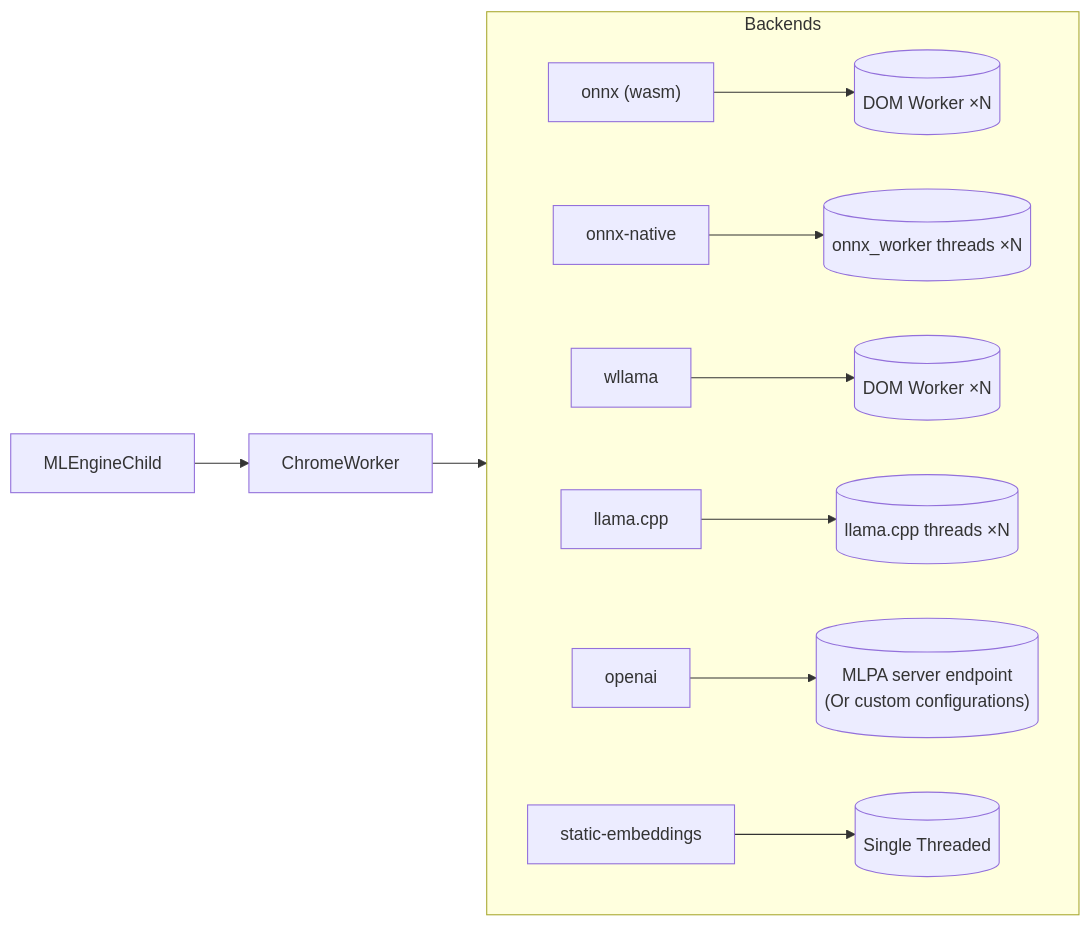
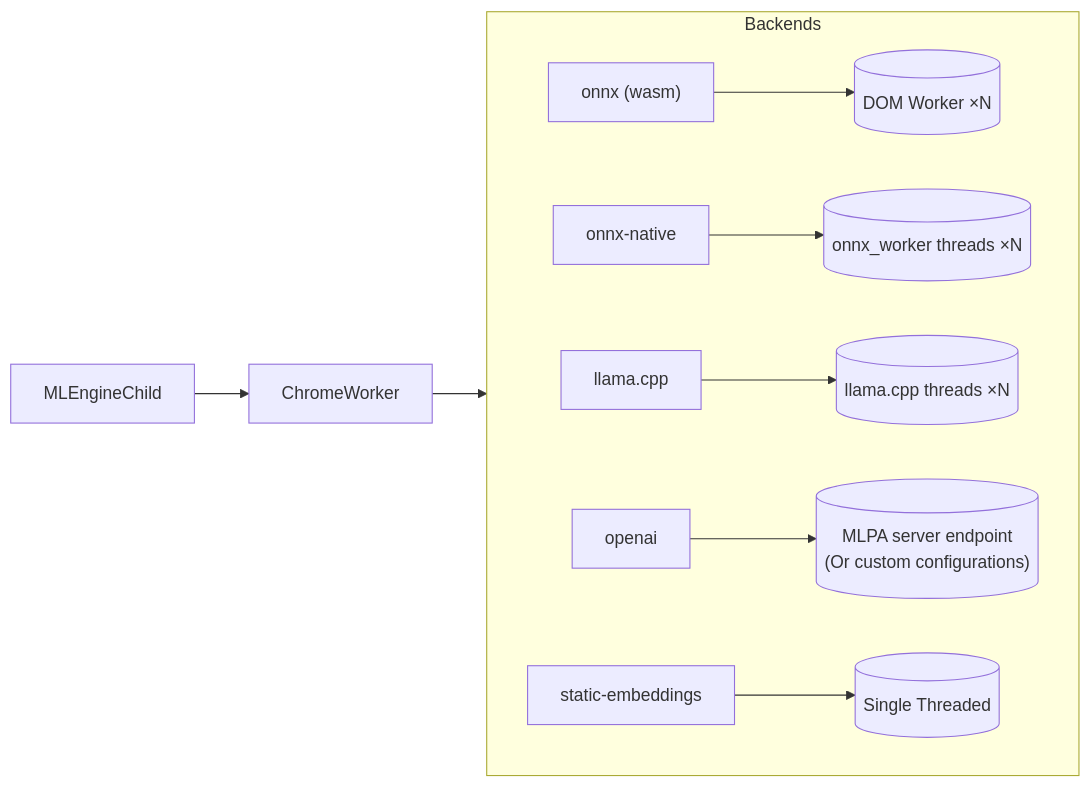
One commit to marco-c/gecko-dev-comments-removed changed the second of 5 diagrams in toolkit/components/ml/docs/architecture.md. Above: the diagram before and after it, drawn with Mermaid. The commit also changed other lines of this file and 21 other files, not shown here.

````diff
--- a/toolkit/components/ml/docs/architecture.md
+++ b/toolkit/components/ml/docs/architecture.md
@@ -40,15 +40,14 @@
 ```{mermaid}
 flowchart LR
    MLEngineChild --> ChromeWorker
    ChromeWorker --> Backends
 
    subgraph Backends
       direction LR
       B1["onnx (wasm)"]       --> T1[("DOM Worker ×N")]
       B2["onnx-native"]       --> T2[("onnx_worker threads ×N")]
-      B4["wllama"]            --> T4[("DOM Worker ×N")]
       B3["llama.cpp"]         --> T3[("llama.cpp threads ×N")]
       B5["openai"]            --> T5[("MLPA server endpoint<br/>(Or custom configurations)")]
       B6["static-embeddings"] --> T6[("Single Threaded")]
    end
 ```
````
